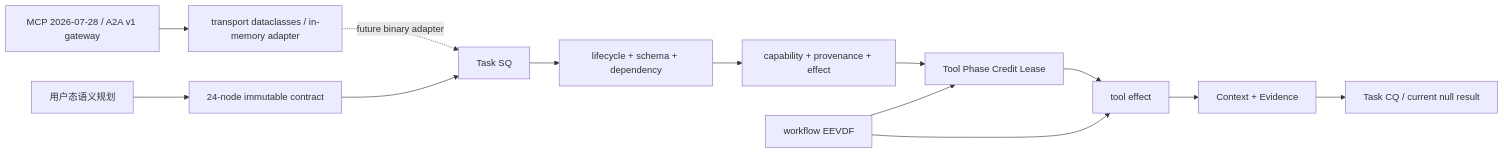
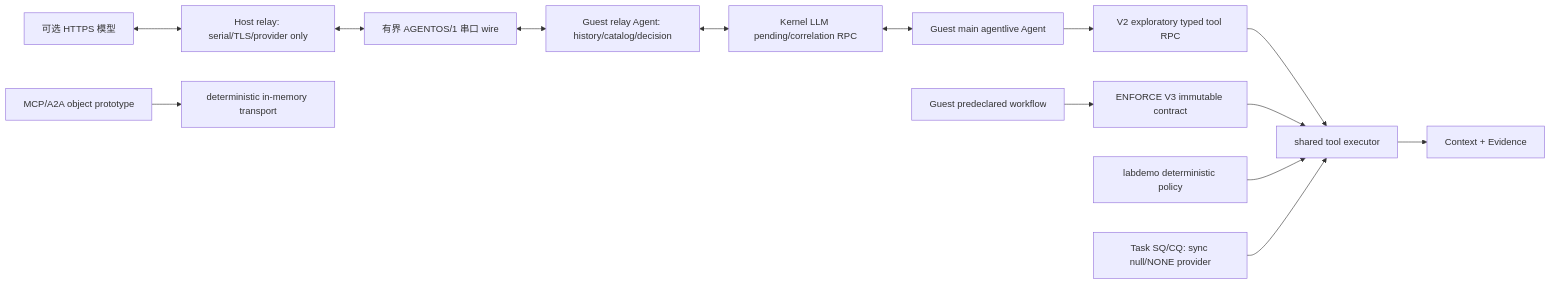
The diagram in docs/agentos/task6-execution-contract.md (yushugulao/Agent-OS), drawn with Mermaid before and after one commit. The commit also changed other lines of this file and 32 other files, not shown here.

Commit message:
feat: 加入真实 Guest Agent Loop 与模型中继

````diff
--- a/docs/agentos/task6-execution-contract.md
+++ b/docs/agentos/task6-execution-contract.md
@@ -16,15 +16,16 @@
 ```mermaid
 flowchart LR
-  P["用户态语义规划"] --> C["24-node immutable contract"]
-  G["MCP 2026-07-28 / A2A v1 gateway"] --> M["transport dataclasses / in-memory adapter"]
-  M -. "future binary adapter" .-> SQ["Task SQ"]
-  C --> SQ
-  SQ --> V["lifecycle + schema + dependency"]
-  V --> D["capability + provenance + effect"]
-  D --> L["Tool Phase Credit Lease"]
-  L --> T["tool effect"]
+  LM["可选 HTTPS 模型"] <--> HR["Host relay: serial/TLS/provider only"]
+  HR <--> W["有界 AGENTOS/1 串口 wire"]
+  W <--> GR["Guest relay Agent: history/catalog/decision"]
+  GR <--> R["Kernel LLM pending/correlation RPC"]
+  R <--> G["Guest main agentlive Agent"]
+  G --> V2["V2 exploratory typed tool RPC"]
+  P["Guest predeclared workflow"] --> C["ENFORCE V3 immutable contract"]
+  V2 --> T["shared tool executor"]
+  C --> T
   T --> X["Context + Evidence"]
-  X --> CQ["Task CQ / current null result"]
-  E["workflow EEVDF"] --> L
-  E --> T
+  D["labdemo deterministic policy"] --> T
+  SQ["Task SQ/CQ: sync null/NONE provider"] --> T
+  MP["MCP/A2A object prototype"] --> IM["deterministic in-memory transport"]
 ```
````
